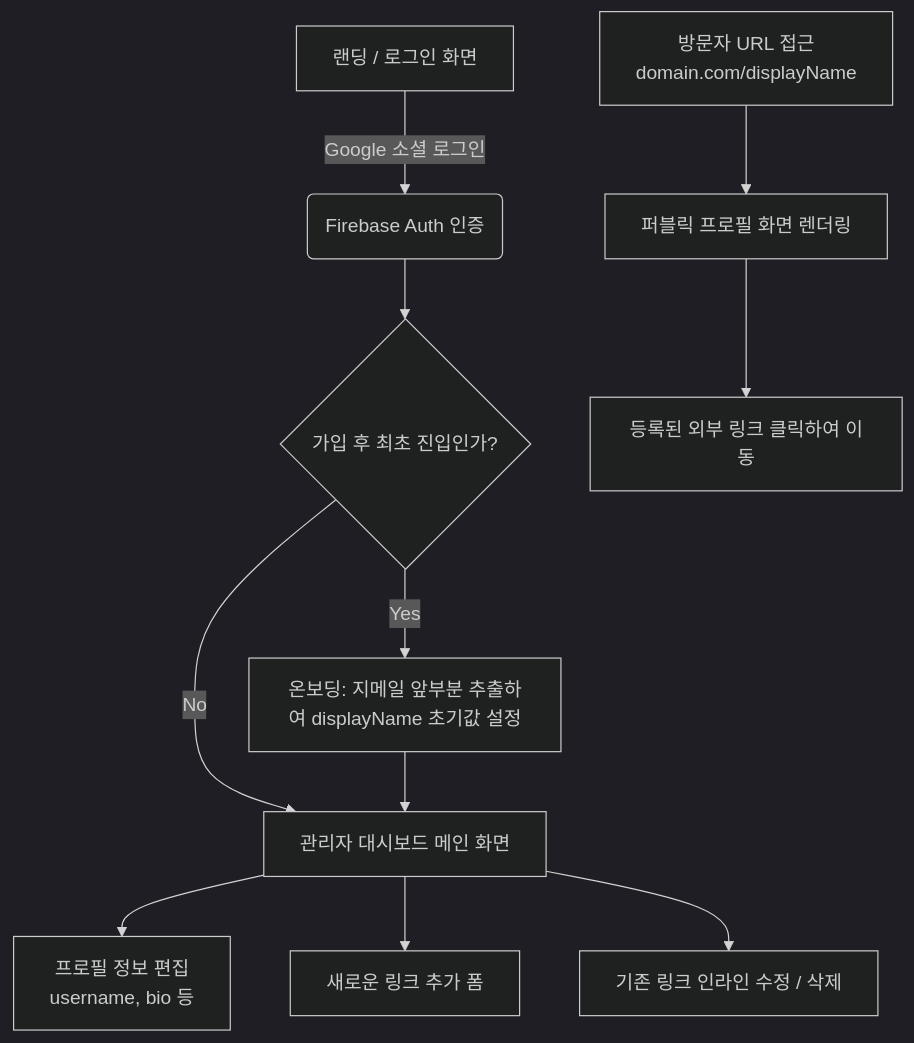
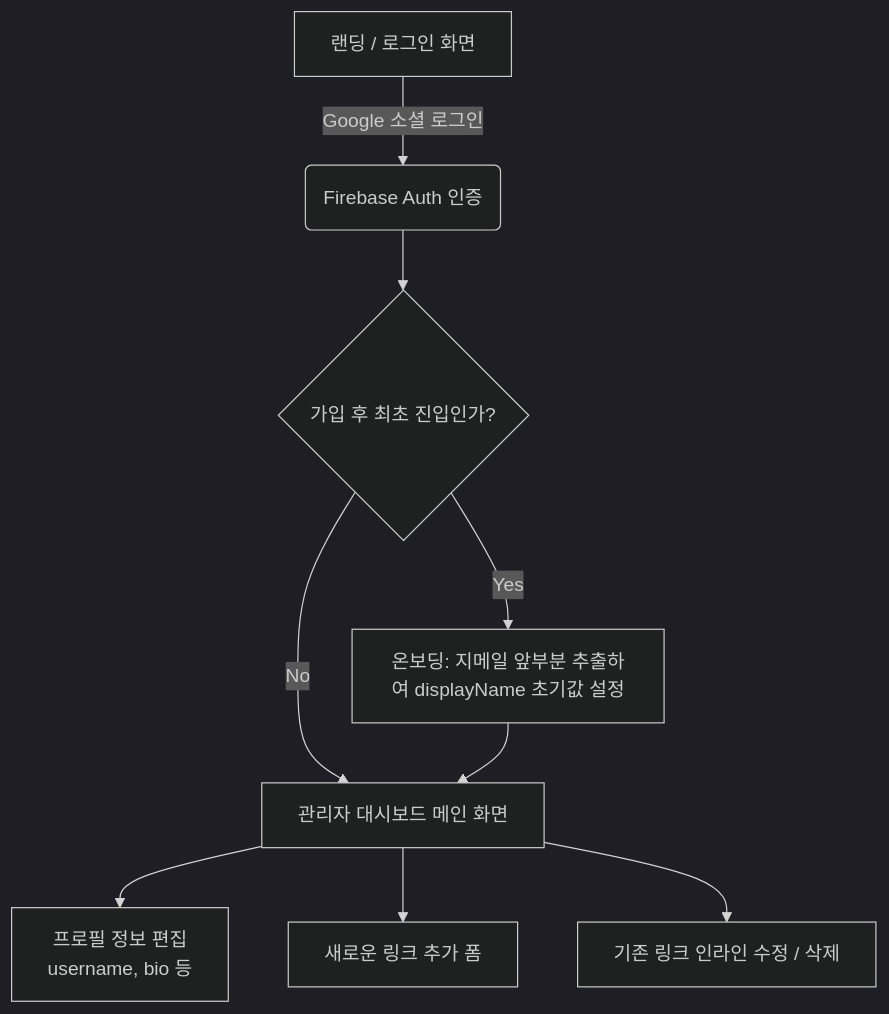
One commit to Leeseojun0604/my-link changed the diagram in .docs/Wireframe.md. Above: the diagram before and after it, drawn with Mermaid (dark theme). The commit also changed other lines of this file and 2 other files, not shown here.

````diff
--- a/.docs/Wireframe.md
+++ b/.docs/Wireframe.md
@@ -7,18 +7,14 @@
 ```mermaid
 graph TD
     %% 소유자 흐름
     A[랜딩 / 로그인 화면] -->|Google 소셜 로그인| B(Firebase Auth 인증)
     B --> C{가입 후 최초 진입인가?}
     C -->|Yes| D[온보딩: 지메일 앞부분 추출하여 displayName 초기값 설정]
     C -->|No| E[관리자 대시보드 메인 화면]
     D --> E
     
     %% 대시보드 내부 기능
     E --> F[프로필 정보 편집 <br/> username, bio 등]
     E --> G[새로운 링크 추가 폼]
     E --> H[기존 링크 인라인 수정 / 삭제]
-
-    %% 방문자 흐름
-    I[방문자 URL 접근 <br/> domain.com/displayName] --> J[퍼블릭 프로필 화면 렌더링]
-    J --> K[등록된 외부 링크 클릭하여 이동]
 ```
````
